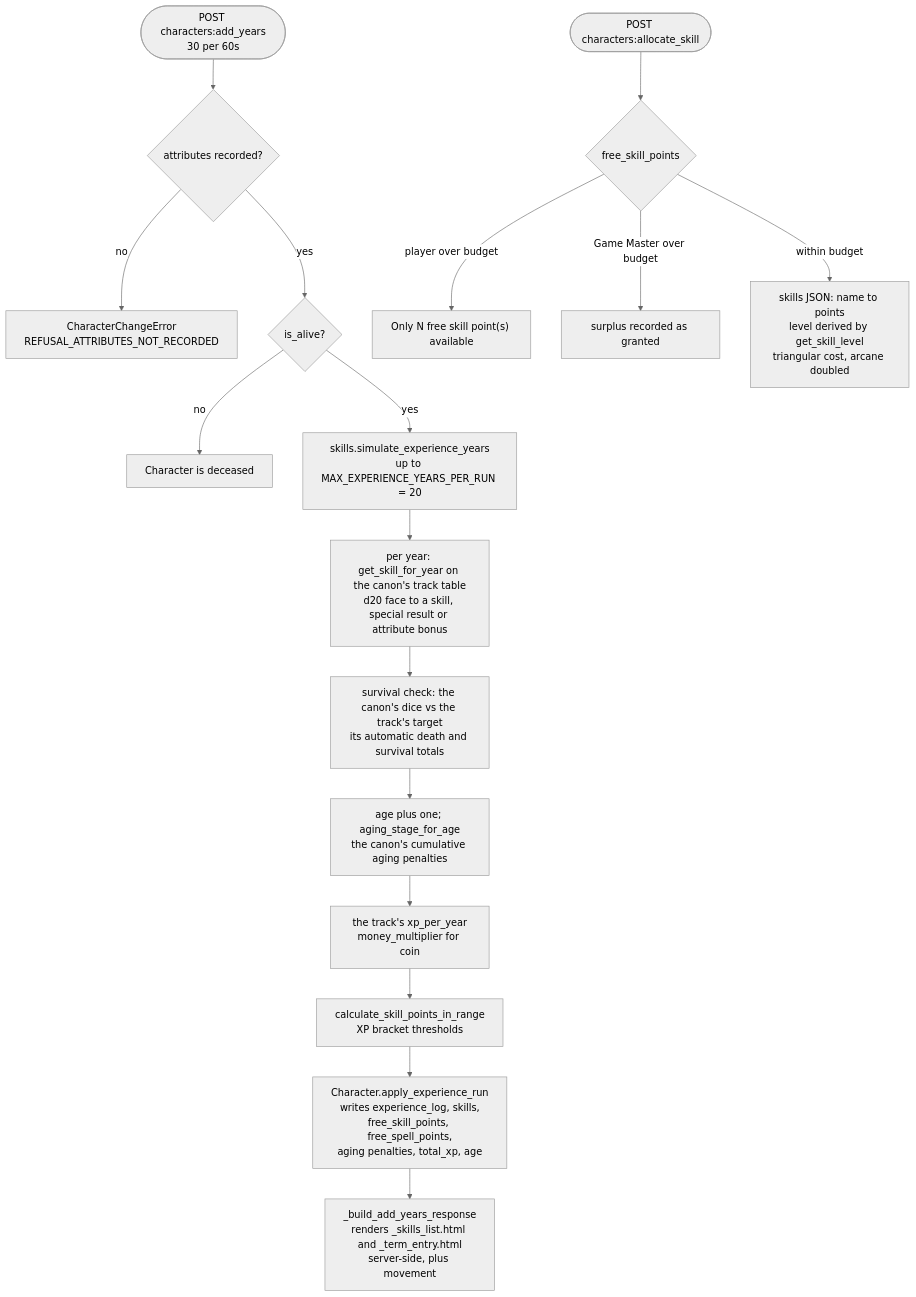
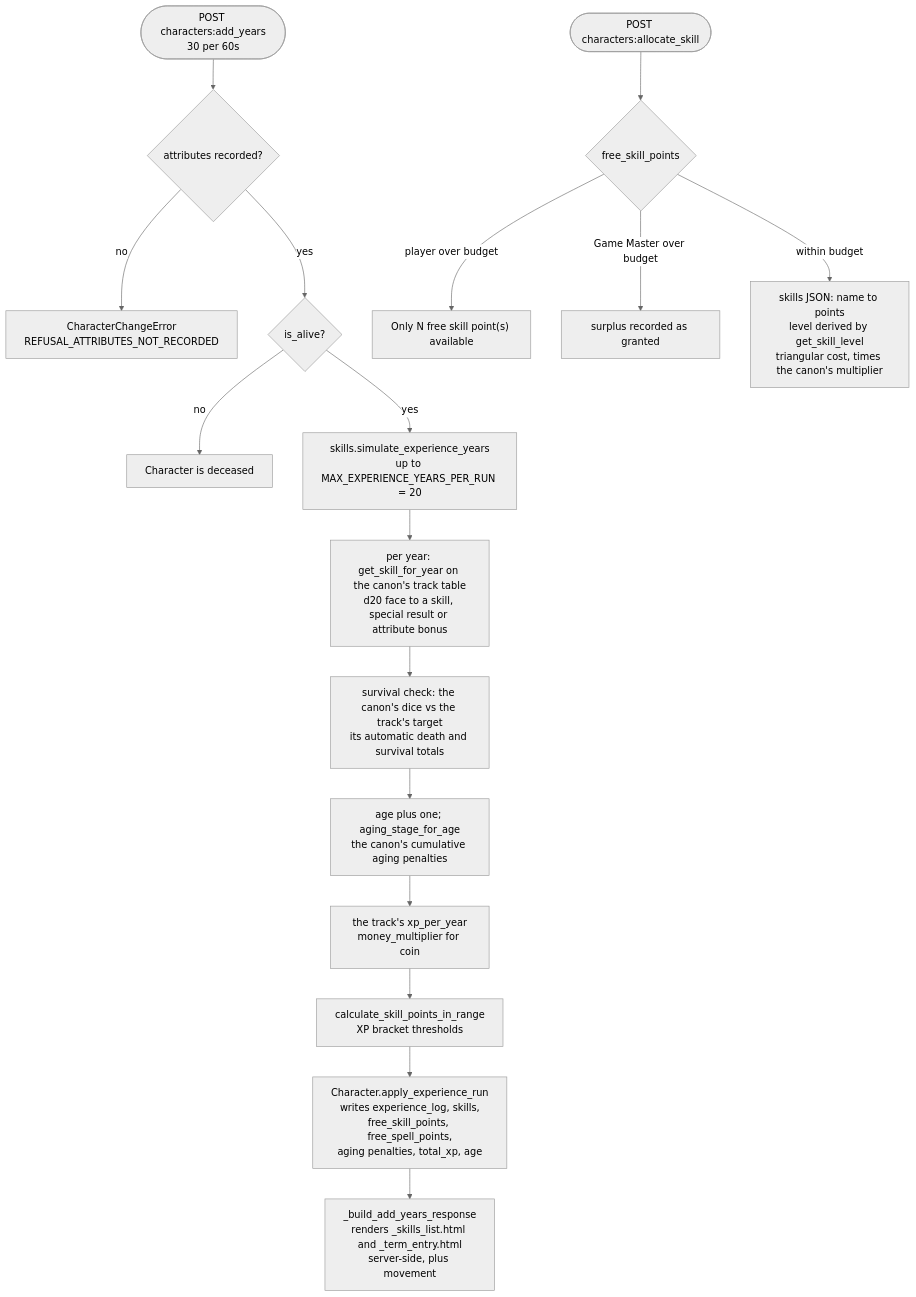
The seventh of 18 diagrams in docs/architecture.md (smarks/tarmar-studio), drawn with Mermaid (neutral theme) before and after one commit. The commit also changed other lines of this file and 13 other files, not shown here.

First line of the commit message:
Prove skills and experience follow the loaded canon end to end, and say so in the docs (#70)

````diff
--- a/docs/architecture.md
+++ b/docs/architecture.md
@@ -542,20 +555,20 @@
 ```mermaid
 flowchart TD
     post(["POST characters:add_years<br/>30 per 60s"]) --> guard{"attributes recorded?"}
     guard -->|"no"| refuse1["CharacterChangeError<br/>REFUSAL_ATTRIBUTES_NOT_RECORDED"]
     guard -->|"yes"| alive{"is_alive?"}
     alive -->|"no"| refuse2["Character is deceased"]
     alive -->|"yes"| sim["skills.simulate_experience_years<br/>up to MAX_EXPERIENCE_YEARS_PER_RUN = 20"]
     sim --> peryear["per year: get_skill_for_year on the canon's track table<br/>d20 face to a skill, special result or attribute bonus"]
     peryear --> surv["survival check: the canon's dice vs the track's target<br/>its automatic death and survival totals"]
     surv --> age["age plus one; aging_stage_for_age<br/>the canon's cumulative aging penalties"]
     age --> xp["the track's xp_per_year<br/>money_multiplier for coin"]
     xp --> pts["calculate_skill_points_in_range<br/>XP bracket thresholds"]
     pts --> apply["Character.apply_experience_run<br/>writes experience_log, skills,<br/>free_skill_points, free_spell_points,<br/>aging penalties, total_xp, age"]
     apply --> resp["_build_add_years_response<br/>renders _skills_list.html and _term_entry.html<br/>server-side, plus movement"]
 
     spend(["POST characters:allocate_skill"]) --> budget{"free_skill_points"}
     budget -->|"player over budget"| refuse3["Only N free skill point(s) available"]
     budget -->|"Game Master over budget"| granted["surplus recorded as granted"]
-    budget -->|"within budget"| store["skills JSON: name to points<br/>level derived by get_skill_level<br/>triangular cost, arcane doubled"]
+    budget -->|"within budget"| store["skills JSON: name to points<br/>level derived by get_skill_level<br/>triangular cost, times the canon's multiplier"]
 ```
````
